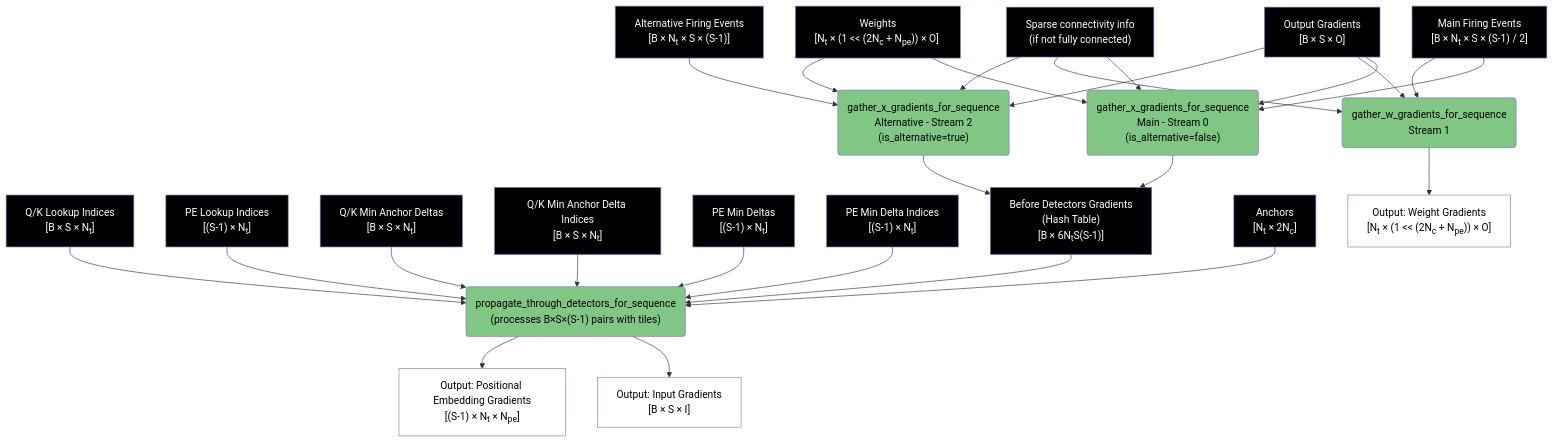
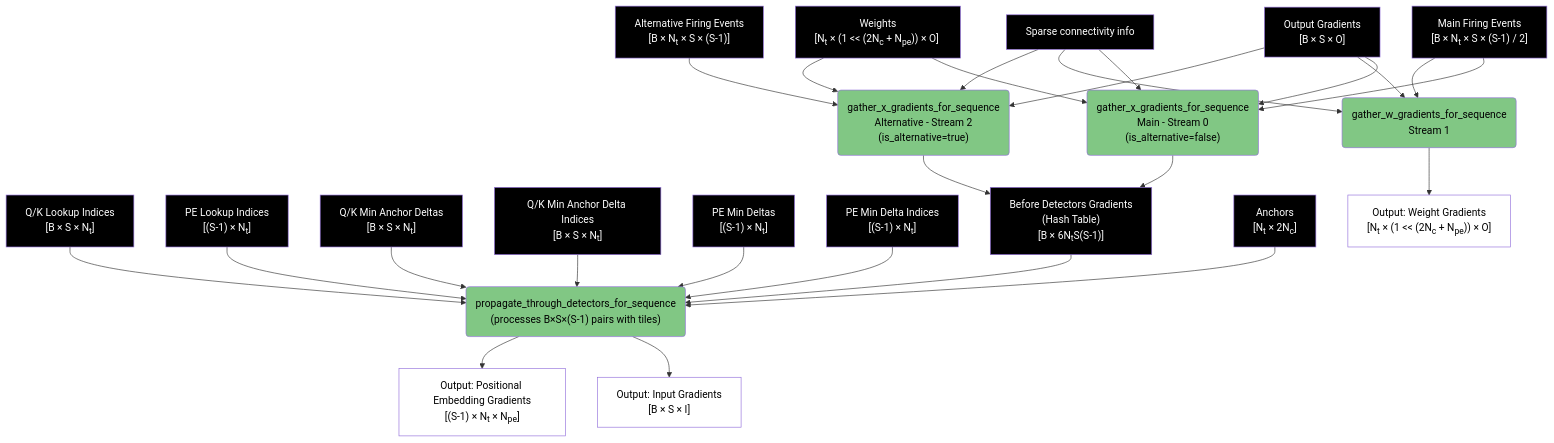
Before and after one commit to anatoli-starostin/spiky: the seventh of 7 diagrams in spiky_cuda/lut/doc/LUT_RUNTIME_DATA_FLOW.md, drawn with Mermaid. The commit also changed other lines of this file and 6 other files, not shown here.

````diff
--- a/spiky_cuda/lut/doc/LUT_RUNTIME_DATA_FLOW.md
+++ b/spiky_cuda/lut/doc/LUT_RUNTIME_DATA_FLOW.md
@@ -218,55 +258,55 @@
 ```mermaid
 flowchart TD
     A["Output Gradients<br/>[B × S × O]"] --> B("gather_x_gradients_for_sequence<br/>Main - Stream 0<br/>(is_alternative=false)")
     A --> C("gather_w_gradients_for_sequence<br/>Stream 1")
     A --> D("gather_x_gradients_for_sequence<br/>Alternative - Stream 2<br/>(is_alternative=true)")
     
     E["Main Firing Events<br/>[B × N<sub>t</sub> × S × (S-1) / 2]"] --> B
     E --> C
     F["Alternative Firing Events<br/>[B × N<sub>t</sub> × S × (S-1)]"] --> D
     
     L3["Q/K Lookup Indices<br/>[B × S × N<sub>t</sub>]"] --> I
     L4["PE Lookup Indices<br/>[(S-1) × N<sub>t</sub>]"] --> I
     M5["Q/K Min Anchor Deltas<br/>[B × S × N<sub>t</sub>]"] --> I
     M6["Q/K Min Anchor Delta Indices<br/>[B&nbsp;×&nbsp;S&nbsp;×&nbsp;N<sub>t</sub>]"] --> I
     M7["PE Min Deltas<br/>[(S-1) × N<sub>t</sub>]"] --> I
     M8["PE Min Delta Indices<br/>[(S-1) × N<sub>t</sub>]"] --> I
     
     W6["Weights<br/>[N<sub>t</sub>&nbsp;×&nbsp;(1&nbsp;<<&nbsp;(2N<sub>c</sub>&nbsp;+&nbsp;N<sub>pe</sub>))&nbsp;×&nbsp;O]&nbsp;"] --> B
     W6 --> D
-    SC4["Sparse connectivity info<br/>(if not fully connected)"] --> B
+    SC4["Sparse connectivity info"] --> B
     SC4 --> C
     SC4 --> D
     
     B --> G["Before Detectors Gradients<br/>(Hash Table)<br/>[B × 6N<sub>t</sub>S(S-1)]"]
     D --> G
     
     D6["Anchors<br/>[N<sub>t</sub> × 2N<sub>c</sub>]"] --> I("propagate_through_detectors_for_sequence<br/>(processes B×S×(S-1) pairs with tiles)")
     G --> I
     
     I --> J["Output: Input Gradients<br/>[B × S × I]"]
     I --> K["Output: Positional Embedding Gradients<br/>[(S-1) × N<sub>t</sub> × N<sub>pe</sub>]"]
     
     C --> H["Output: Weight Gradients<br/>[N<sub>t</sub>&nbsp;×&nbsp;(1&nbsp;<<&nbsp;(2N<sub>c</sub>&nbsp;+&nbsp;N<sub>pe</sub>))&nbsp;×&nbsp;O]"]
     
     style B fill:#81c784,color:#000000
     style C fill:#81c784,color:#000000
     style D fill:#81c784,color:#000000
     style I fill:#81c784,color:#000000
     style H fill:#ffffff,color:#000000
     style J fill:#ffffff,color:#000000
     style K fill:#ffffff,color:#000000
     style A fill:#000000,color:#ffffff
     style W6 fill:#000000,color:#ffffff
     style E fill:#000000,color:#ffffff
     style F fill:#000000,color:#ffffff
     style L3 fill:#000000,color:#ffffff
     style L4 fill:#000000,color:#ffffff
     style M5 fill:#000000,color:#ffffff
     style M6 fill:#000000,color:#ffffff
     style M7 fill:#000000,color:#ffffff
     style M8 fill:#000000,color:#ffffff
     style D6 fill:#000000,color:#ffffff
     style SC4 fill:#000000,color:#ffffff
     style G fill:#000000,color:#ffffff
 ```
````
